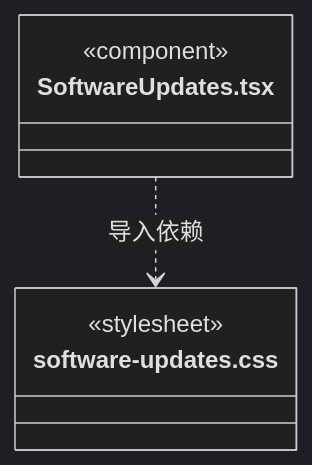
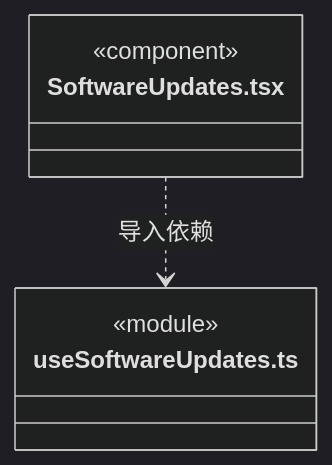
The eighth of 8 diagrams in src/view/updates/ARCHITECTURE.md (nan023062/cbim), drawn with Mermaid (dark theme) before and after one commit. The commit also changed other lines of this file and 112 other files, not shown here.

Commit message:
docs: align source architecture with current declarations and contracts

````diff
--- a/src/view/updates/ARCHITECTURE.md
+++ b/src/view/updates/ARCHITECTURE.md
@@ -188,10 +188,10 @@
 ```mermaid
 classDiagram
 class N_src_view_updates_SoftwareUpdates_tsx["SoftwareUpdates.tsx"] {
   <<component>>
 }
-class N_src_view_updates_software_updates_css["software-updates.css"] {
-  <<stylesheet>>
+class N_src_view_updates_useSoftwareUpdates_ts["useSoftwareUpdates.ts"] {
+  <<module>>
 }
-N_src_view_updates_SoftwareUpdates_tsx ..> N_src_view_updates_software_updates_css : 导入依赖
+N_src_view_updates_SoftwareUpdates_tsx ..> N_src_view_updates_useSoftwareUpdates_ts : 导入依赖
 ```
````
